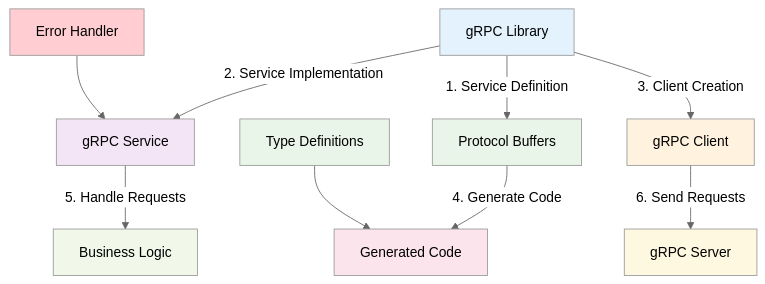
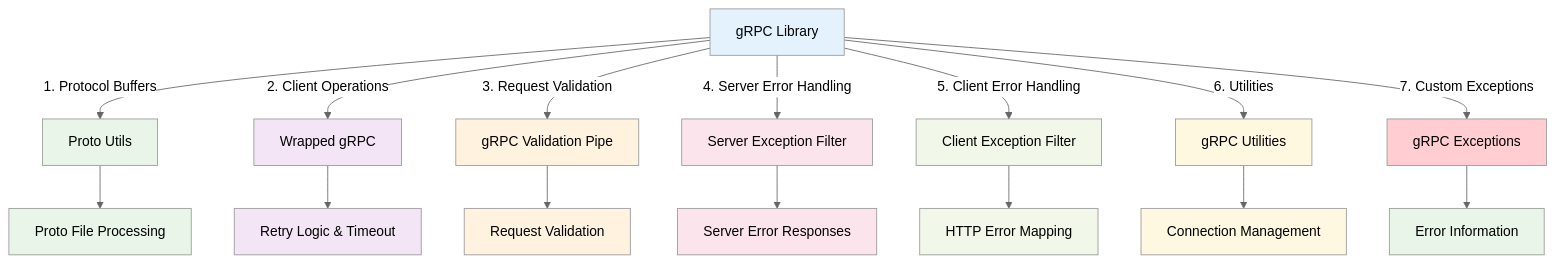
One commit to ecom-co/document changed the diagram in docs/ecom-co/libs/grpc/grpc-library.md. Above: the diagram before and after it, drawn with Mermaid (neutral theme). The commit also changed other lines of this file and 31 other files, not shown here.

````diff
--- a/docs/ecom-co/libs/grpc/grpc-library.md
+++ b/docs/ecom-co/libs/grpc/grpc-library.md
@@ -54,23 +31,34 @@
 ```mermaid
 flowchart TD
-    A[gRPC Library] -->|1. Service Definition| B[Protocol Buffers]
-    A -->|2. Service Implementation| C[gRPC Service]
-    A -->|3. Client Creation| D[gRPC Client]
+    A[gRPC Library] -->|1. Protocol Buffers| B[Proto Utils]
+    A -->|2. Client Operations| C[Wrapped gRPC]
+    A -->|3. Request Validation| D[gRPC Validation Pipe]
+    A -->|4. Server Error Handling| E[Server Exception Filter]
+    A -->|5. Client Error Handling| F[Client Exception Filter]
+    A -->|6. Utilities| G[gRPC Utilities]
+    A -->|7. Custom Exceptions| H[gRPC Exceptions]
     
-    B -->|4. Generate Code| E[Generated Code]
-    C -->|5. Handle Requests| F[Business Logic]
-    D -->|6. Send Requests| G[gRPC Server]
-    
-    H[Error Handler] --> C
-    I[Type Definitions] --> E
+    B --> I[Proto File Processing]
+    C --> J[Retry Logic & Timeout]
+    D --> K[Request Validation]
+    E --> L[Server Error Responses]
+    F --> M[HTTP Error Mapping]
+    G --> N[Connection Management]
+    H --> O[Error Information]
     
     style A fill:#e3f2fd
     style B fill:#e8f5e8
     style C fill:#f3e5f5
     style D fill:#fff3e0
     style E fill:#fce4ec
     style F fill:#f1f8e9
     style G fill:#fff8e1
     style H fill:#ffcdd2
     style I fill:#e8f5e8
+    style J fill:#f3e5f5
+    style K fill:#fff3e0
+    style L fill:#fce4ec
+    style M fill:#f1f8e9
+    style N fill:#fff8e1
+    style O fill:#e8f5e8
 ```
````
